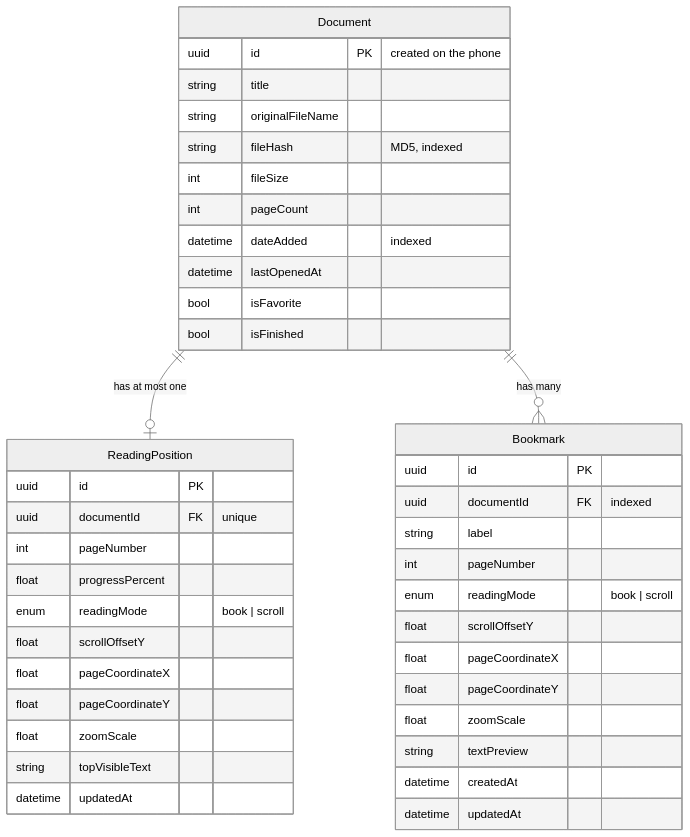
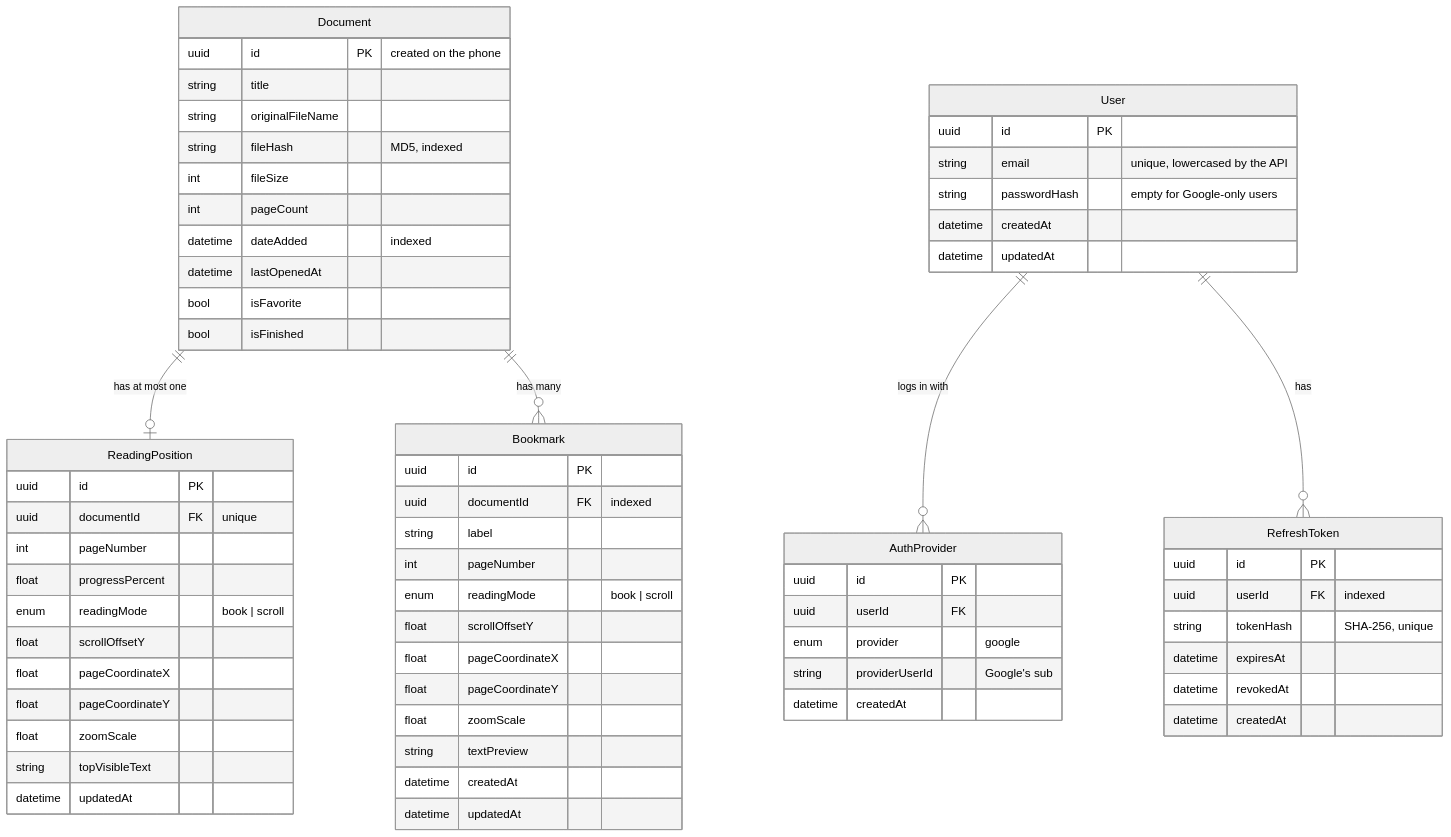
One commit to AnhTRJotnar/Postgres-Project changed the second of 2 diagrams in docs/ARCHITECTURE.md. Above: the diagram before and after it, drawn with Mermaid (neutral theme). The commit also changed other lines of this file and 3 other files, not shown here.

Commit message:
Add User, AuthProvider and RefreshToken tables

````diff
--- a/docs/ARCHITECTURE.md
+++ b/docs/ARCHITECTURE.md
@@ -102,44 +102,68 @@
 ```mermaid
 erDiagram
     Document ||--o| ReadingPosition : "has at most one"
     Document ||--o{ Bookmark : "has many"
     Document {
         uuid id PK "created on the phone"
         string title
         string originalFileName
         string fileHash "MD5, indexed"
         int fileSize
         int pageCount
         datetime dateAdded "indexed"
         datetime lastOpenedAt
         bool isFavorite
         bool isFinished
     }
     ReadingPosition {
         uuid id PK
         uuid documentId FK "unique"
         int pageNumber
         float progressPercent
         enum readingMode "book | scroll"
         float scrollOffsetY
         float pageCoordinateX
         float pageCoordinateY
         float zoomScale
         string topVisibleText
         datetime updatedAt
     }
     Bookmark {
         uuid id PK
         uuid documentId FK "indexed"
         string label
         int pageNumber
         enum readingMode "book | scroll"
         float scrollOffsetY
         float pageCoordinateX
         float pageCoordinateY
         float zoomScale
         string textPreview
         datetime createdAt
         datetime updatedAt
     }
+    User ||--o{ AuthProvider : "logs in with"
+    User ||--o{ RefreshToken : "has"
+    User {
+        uuid id PK
+        string email "unique, lowercased by the API"
+        string passwordHash "empty for Google-only users"
+        datetime createdAt
+        datetime updatedAt
+    }
+    AuthProvider {
+        uuid id PK
+        uuid userId FK
+        enum provider "google"
+        string providerUserId "Google's sub"
+        datetime createdAt
+    }
+    RefreshToken {
+        uuid id PK
+        uuid userId FK "indexed"
+        string tokenHash "SHA-256, unique"
+        datetime expiresAt
+        datetime revokedAt
+        datetime createdAt
+    }
 ```
````
